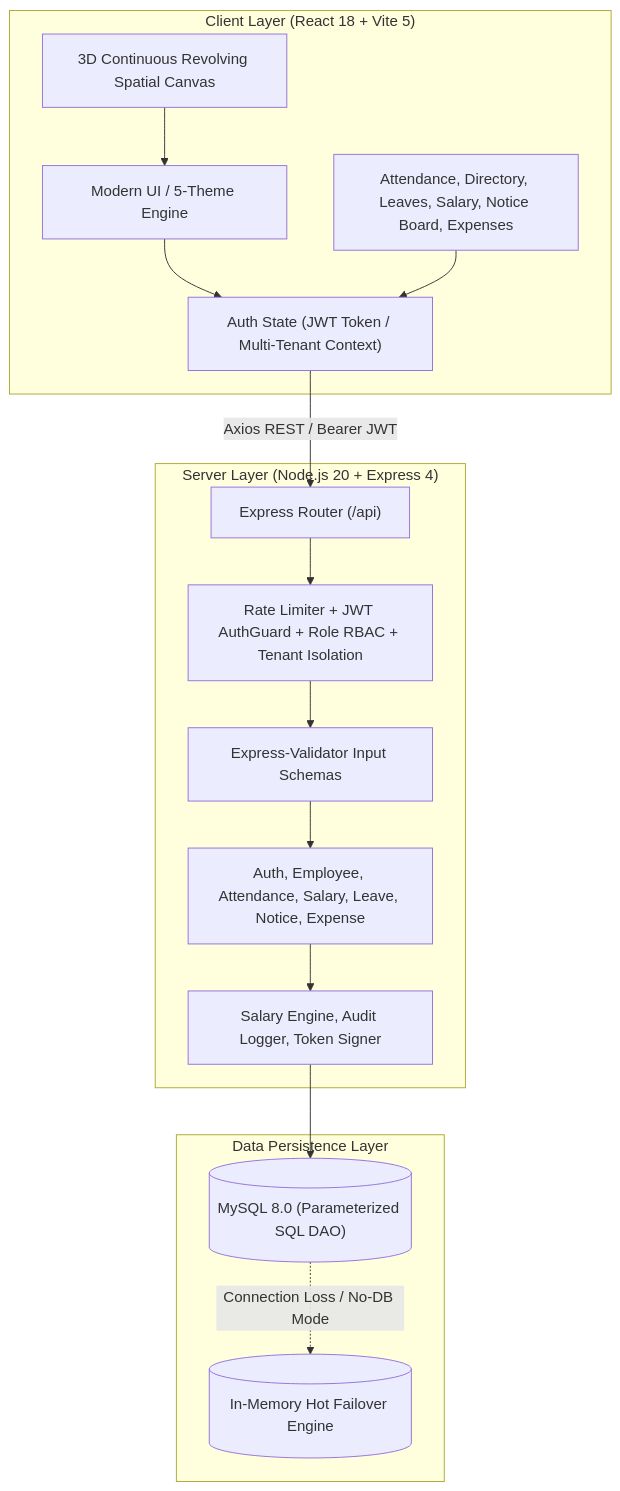
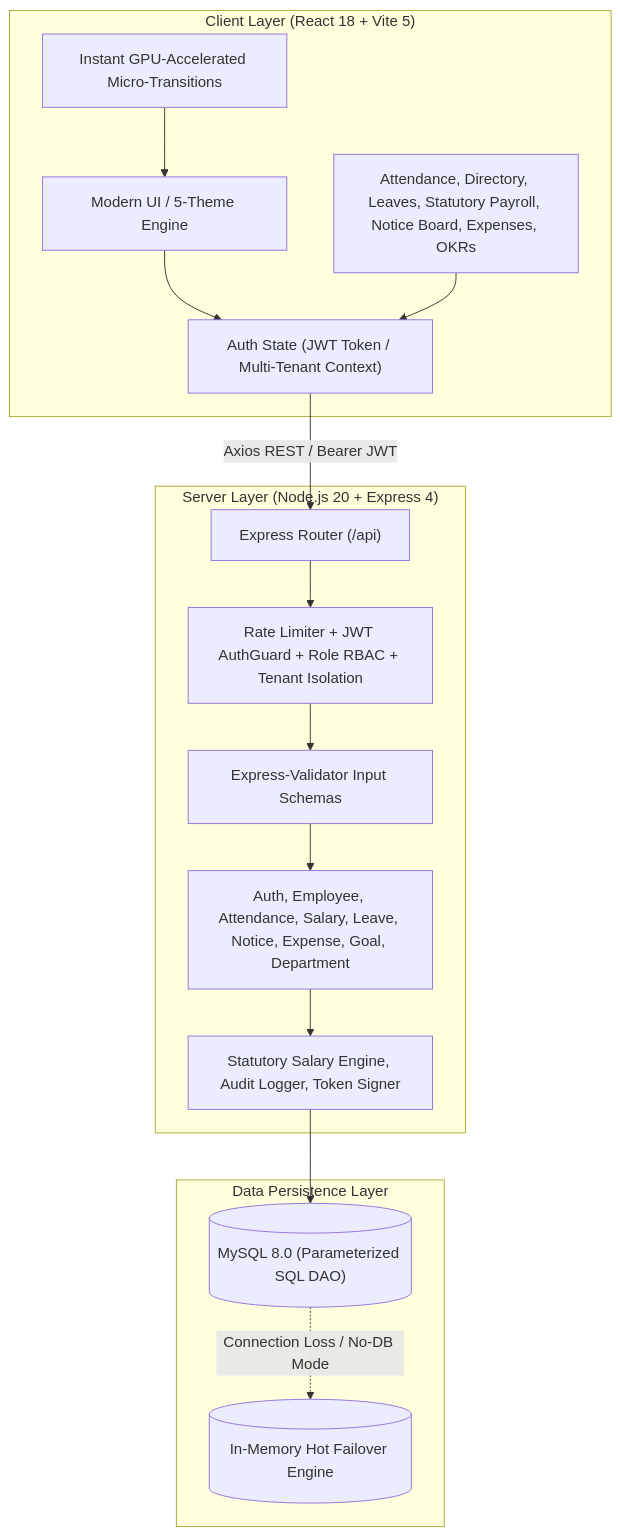
Before and after one commit to ananyagoyal04/odo-nmit-hackathon-2026: the diagram in README.md, drawn with Mermaid. The commit also changed other lines of this file and 13 other files, not shown here.

Commit message:
feat: realistic Indian MNC workforce data (12 profiles, 8 depts), statutory payroll in Lakhs/Crores, instant page transitions, and navigation resilience

````diff
--- a/README.md
+++ b/README.md
@@ -61,33 +69,33 @@
 ```mermaid
 graph TD
     subgraph Client ["Client Layer (React 18 + Vite 5)"]
         UI["Modern UI / 5-Theme Engine"]
-        Spatial["3D Continuous Revolving Spatial Canvas"]
+        Spatial["Instant GPU-Accelerated Micro-Transitions"]
         AuthContext["Auth State (JWT Token / Multi-Tenant Context)"]
-        Components["Attendance, Directory, Leaves, Salary, Notice Board, Expenses"]
+        Components["Attendance, Directory, Leaves, Statutory Payroll, Notice Board, Expenses, OKRs"]
     end
 
     subgraph Server ["Server Layer (Node.js 20 + Express 4)"]
         Router["Express Router (/api)"]
         Middlewares["Rate Limiter + JWT AuthGuard + Role RBAC + Tenant Isolation"]
-        Controllers["Auth, Employee, Attendance, Salary, Leave, Notice, Expense"]
+        Controllers["Auth, Employee, Attendance, Salary, Leave, Notice, Expense, Goal, Department"]
         Validators["Express-Validator Input Schemas"]
-        Services["Salary Engine, Audit Logger, Token Signer"]
+        Services["Statutory Salary Engine, Audit Logger, Token Signer"]
     end
 
     subgraph Data ["Data Persistence Layer"]
         MySQL[("MySQL 8.0 (Parameterized SQL DAO)")]
         FallbackEngine[("In-Memory Hot Failover Engine")]
     end
 
     UI --> AuthContext
     Spatial --> UI
     Components --> AuthContext
     AuthContext -->|Axios REST / Bearer JWT| Router
     Router --> Middlewares
     Middlewares --> Validators
     Validators --> Controllers
     Controllers --> Services
     Services --> MySQL
     MySQL -.->|Connection Loss / No-DB Mode| FallbackEngine
 ```
````
